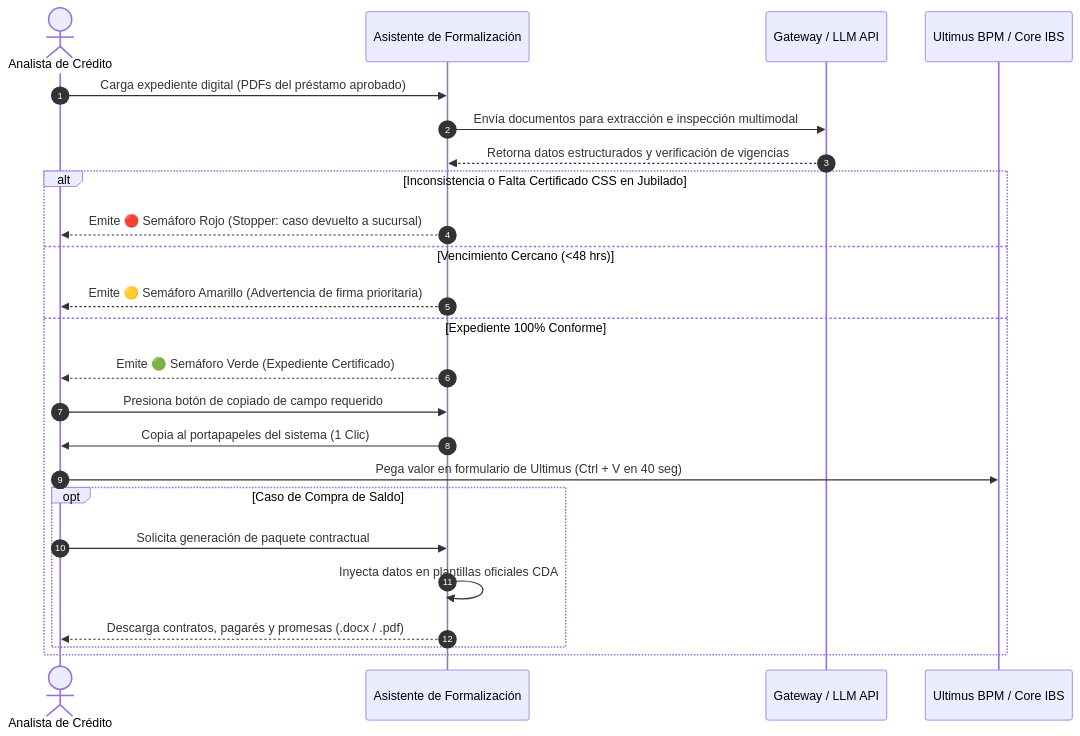
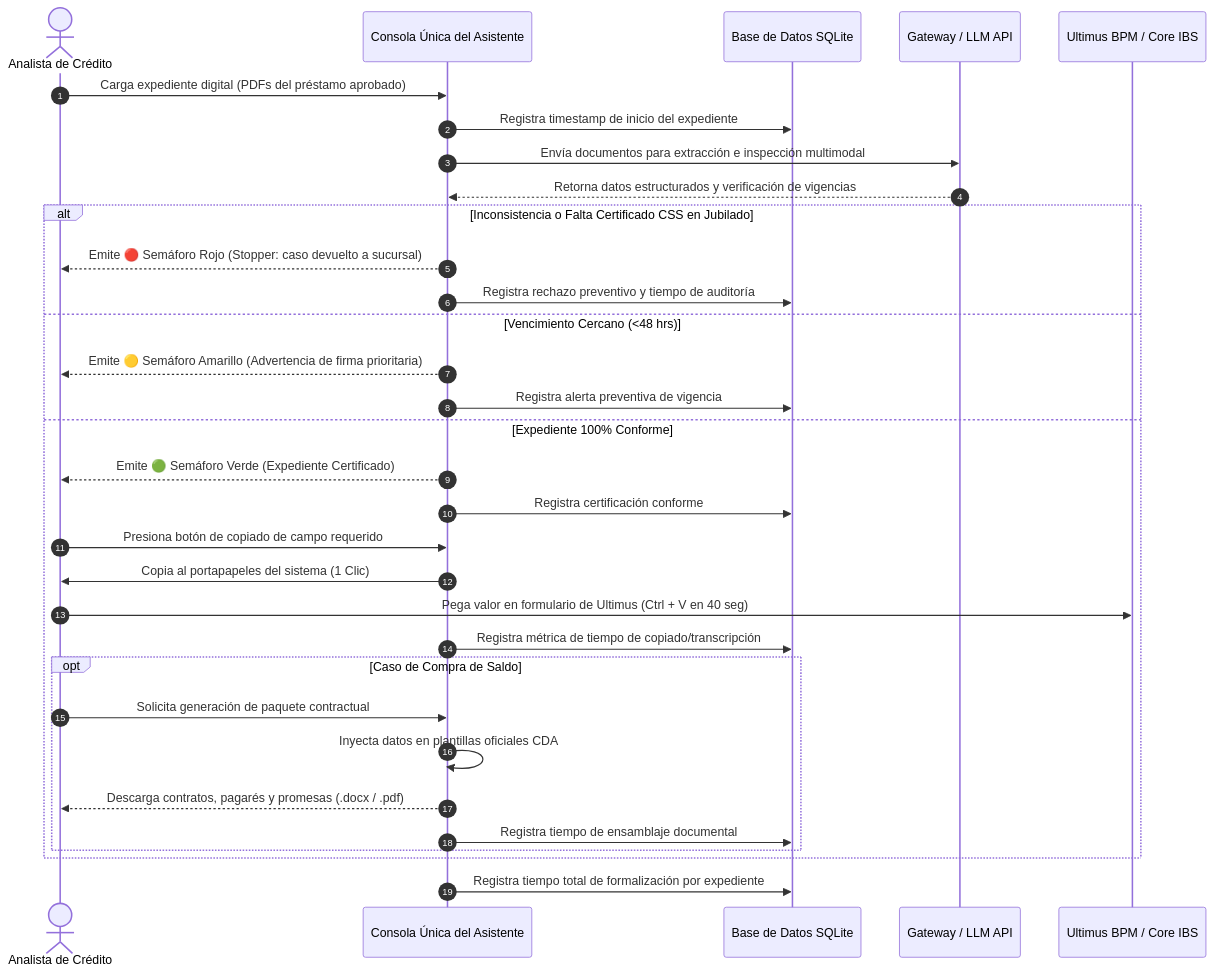
The fourth of 4 diagrams in formalizacion-pp/design/diseno-arquitectura-asistente-formalizacion.md (RBlasser/cda-celulas), drawn with Mermaid before and after one commit. The commit also changed other lines of this file and 2 other files, not shown here.

Commit message:
docs: actualizar arquitecturas con metricas sqlite, mitigacion riesgos operativos y evolucion qr autos

````diff
--- a/formalizacion-pp/design/diseno-arquitectura-asistente-formalizacion.md
+++ b/formalizacion-pp/design/diseno-arquitectura-asistente-formalizacion.md
@@ -159,30 +187,38 @@
 ```mermaid
 sequenceDiagram
     autonumber
     actor Analista as Analista de Crédito
-    participant Copiloto as Asistente de Formalización
+    participant Copiloto as Consola Única del Asistente
+    participant SQLite as Base de Datos SQLite
     participant Gateway as Gateway / LLM API
     participant BPM as Ultimus BPM / Core IBS
 
     Analista->>Copiloto: Carga expediente digital (PDFs del préstamo aprobado)
+    Copiloto->>SQLite: Registra timestamp de inicio del expediente
     Copiloto->>Gateway: Envía documentos para extracción e inspección multimodal
     Gateway-->>Copiloto: Retorna datos estructurados y verificación de vigencias
     
     alt Inconsistencia o Falta Certificado CSS en Jubilado
         Copiloto-->>Analista: Emite 🔴 Semáforo Rojo (Stopper: caso devuelto a sucursal)
+        Copiloto->>SQLite: Registra rechazo preventivo y tiempo de auditoría
     else Vencimiento Cercano (<48 hrs)
         Copiloto-->>Analista: Emite 🟡 Semáforo Amarillo (Advertencia de firma prioritaria)
+        Copiloto->>SQLite: Registra alerta preventiva de vigencia
     else Expediente 100% Conforme
         Copiloto-->>Analista: Emite 🟢 Semáforo Verde (Expediente Certificado)
+        Copiloto->>SQLite: Registra certificación conforme
         
         Analista->>Copiloto: Presiona botón de copiado de campo requerido
         Copiloto->>Analista: Copia al portapapeles del sistema (1 Clic)
         Analista->>BPM: Pega valor en formulario de Ultimus (Ctrl + V en 40 seg)
+        Copiloto->>SQLite: Registra métrica de tiempo de copiado/transcripción
         
         opt Caso de Compra de Saldo
             Analista->>Copiloto: Solicita generación de paquete contractual
             Copiloto->>Copiloto: Inyecta datos en plantillas oficiales CDA
             Copiloto-->>Analista: Descarga contratos, pagarés y promesas (.docx / .pdf)
+            Copiloto->>SQLite: Registra tiempo de ensamblaje documental
         end
     end
+    Copiloto->>SQLite: Registra tiempo total de formalización por expediente
 ```
````
